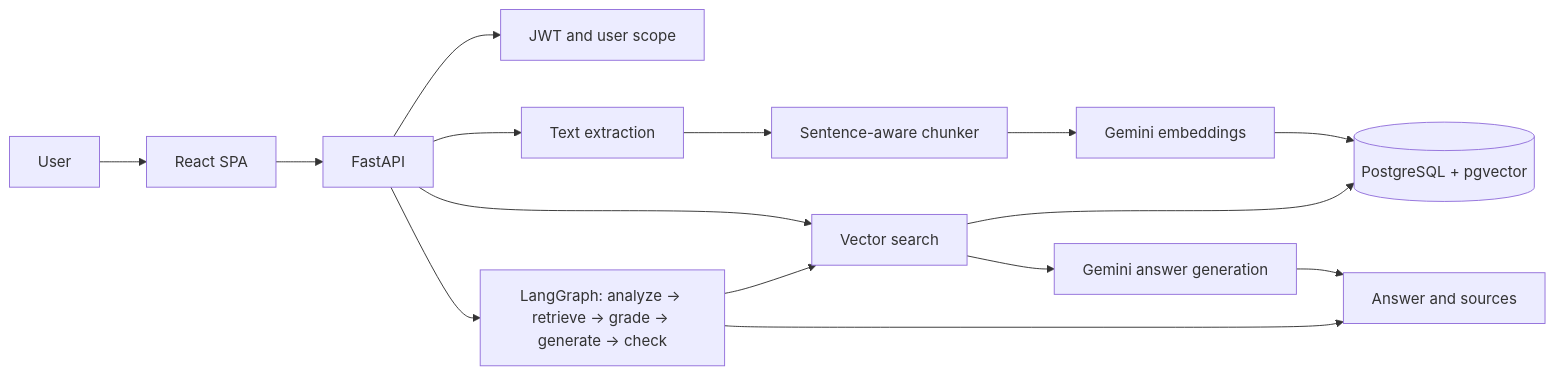
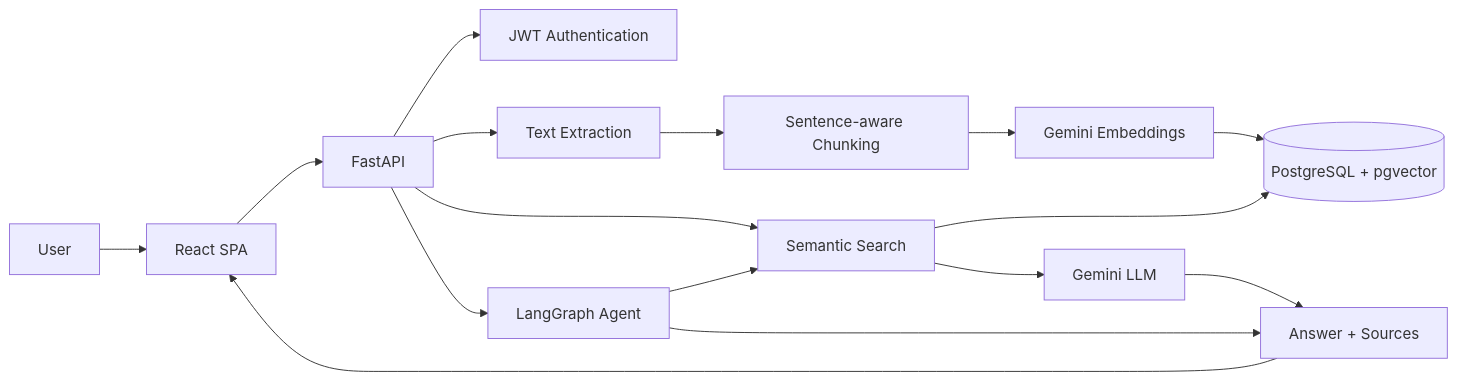
Before and after one commit to Oralbaev/docmind-ai: the first of 3 diagrams in README.md, drawn with Mermaid. The commit also changed other lines of this file and 3 other files, not shown here.

````diff
--- a/README.md
+++ b/README.md
@@ -22,17 +88,22 @@
 ```mermaid
 flowchart LR
     U[User] --> UI[React SPA]
     UI --> API[FastAPI]
-    API --> AUTH[JWT and user scope]
-    API --> PARSE[Text extraction]
-    PARSE --> CHUNK[Sentence-aware chunker]
-    CHUNK --> EMB[Gemini embeddings]
+    API --> AUTH[JWT Authentication]
+
+    API --> PARSE[Text Extraction]
+    PARSE --> CHUNK[Sentence-aware Chunking]
+    CHUNK --> EMB[Gemini Embeddings]
     EMB --> DB[(PostgreSQL + pgvector)]
-    API --> SEARCH[Vector search]
+
+    API --> SEARCH[Semantic Search]
     SEARCH --> DB
-    SEARCH --> RAG[Gemini answer generation]
-    RAG --> SRC[Answer and sources]
-    API --> AGENT[LangGraph: analyze → retrieve → grade → generate → check]
+    SEARCH --> RAG[Gemini LLM]
+    RAG --> RESULT[Answer + Sources]
+
+    API --> AGENT[LangGraph Agent]
     AGENT --> SEARCH
-    AGENT --> SRC
+    AGENT --> RESULT
+
+    RESULT --> UI
 ```
````
